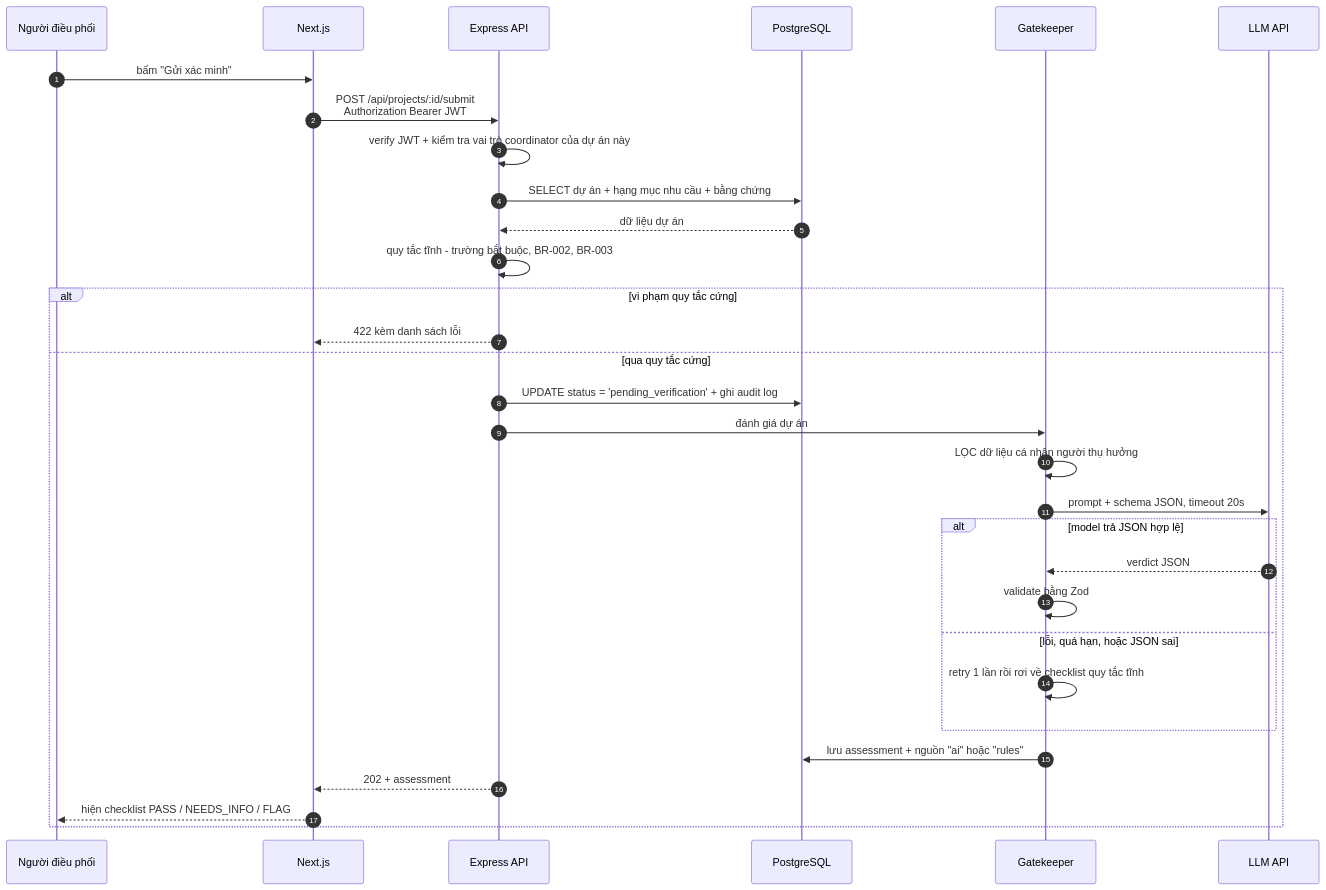
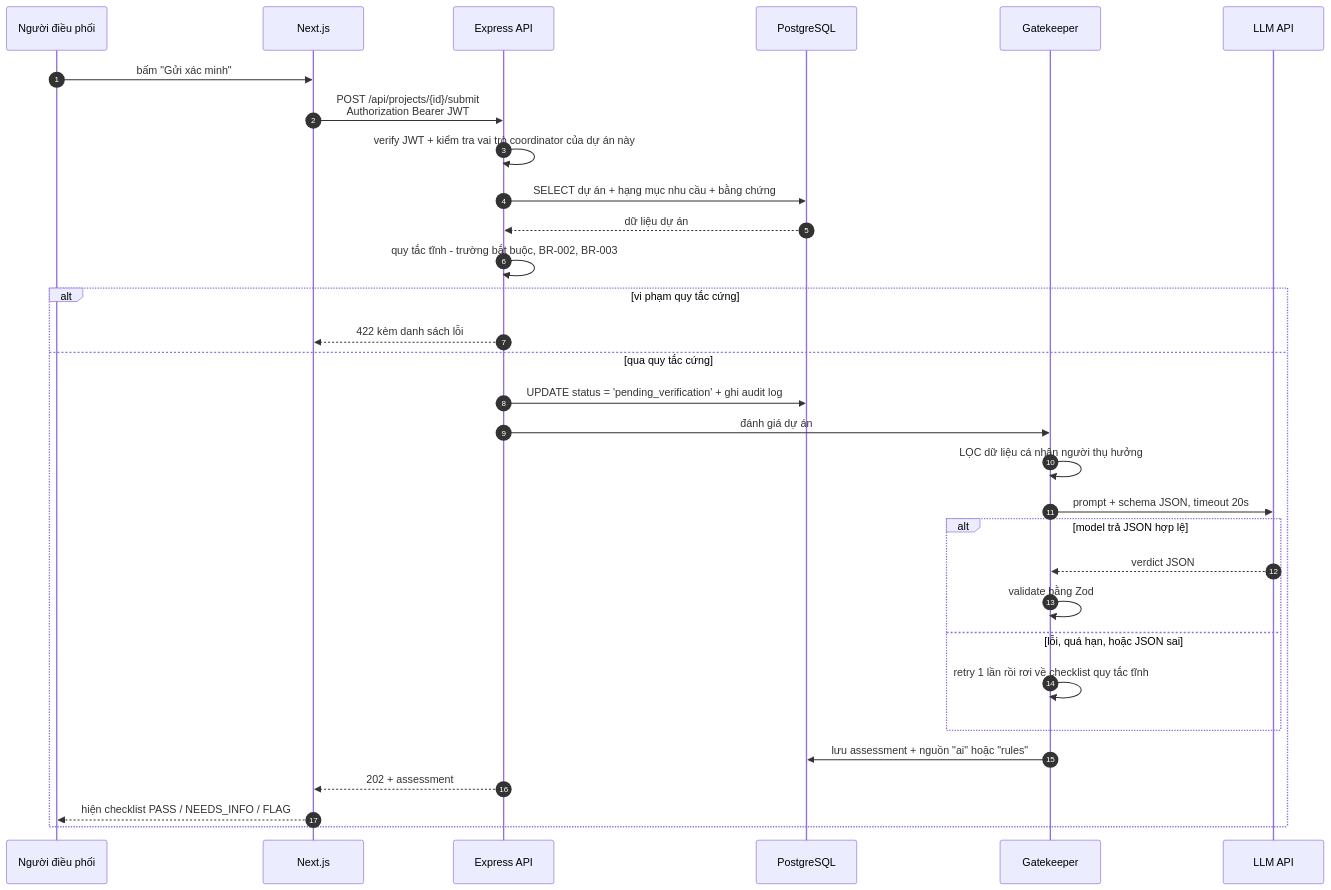
The second of 4 diagrams in docs/architecture.md (Ntpminzu/GomNang), drawn with Mermaid before and after one commit.

Commit message:
docs: tránh dấu hai chấm trong nhãn message của sequence diagram
Đổi /api/projects/:id/submit thành {id}. Đã xác thực cả 4 sơ đồ mermaid
parse được bằng mermaid v11 + jsdom.

````diff
--- a/docs/architecture.md
+++ b/docs/architecture.md
@@ -58,34 +58,34 @@
 ```mermaid
 sequenceDiagram
     autonumber
     participant U as Người điều phối
     participant FE as Next.js
     participant API as Express API
     participant DB as PostgreSQL
     participant G as Gatekeeper
     participant M as LLM API
 
     U->>FE: bấm "Gửi xác minh"
-    FE->>API: POST /api/projects/:id/submit<br/>Authorization Bearer JWT
+    FE->>API: POST /api/projects/{id}/submit<br/>Authorization Bearer JWT
     API->>API: verify JWT + kiểm tra vai trò coordinator của dự án này
     API->>DB: SELECT dự án + hạng mục nhu cầu + bằng chứng
     DB-->>API: dữ liệu dự án
     API->>API: quy tắc tĩnh - trường bắt buộc, BR-002, BR-003
     alt vi phạm quy tắc cứng
         API-->>FE: 422 kèm danh sách lỗi
     else qua quy tắc cứng
         API->>DB: UPDATE status = 'pending_verification' + ghi audit log
         API->>G: đánh giá dự án
         G->>G: LỌC dữ liệu cá nhân người thụ hưởng
         G->>M: prompt + schema JSON, timeout 20s
         alt model trả JSON hợp lệ
             M-->>G: verdict JSON
             G->>G: validate bằng Zod
         else lỗi, quá hạn, hoặc JSON sai
             G->>G: retry 1 lần rồi rơi về checklist quy tắc tĩnh
         end
         G->>DB: lưu assessment + nguồn "ai" hoặc "rules"
         API-->>FE: 202 + assessment
         FE-->>U: hiện checklist PASS / NEEDS_INFO / FLAG
     end
 ```
````
